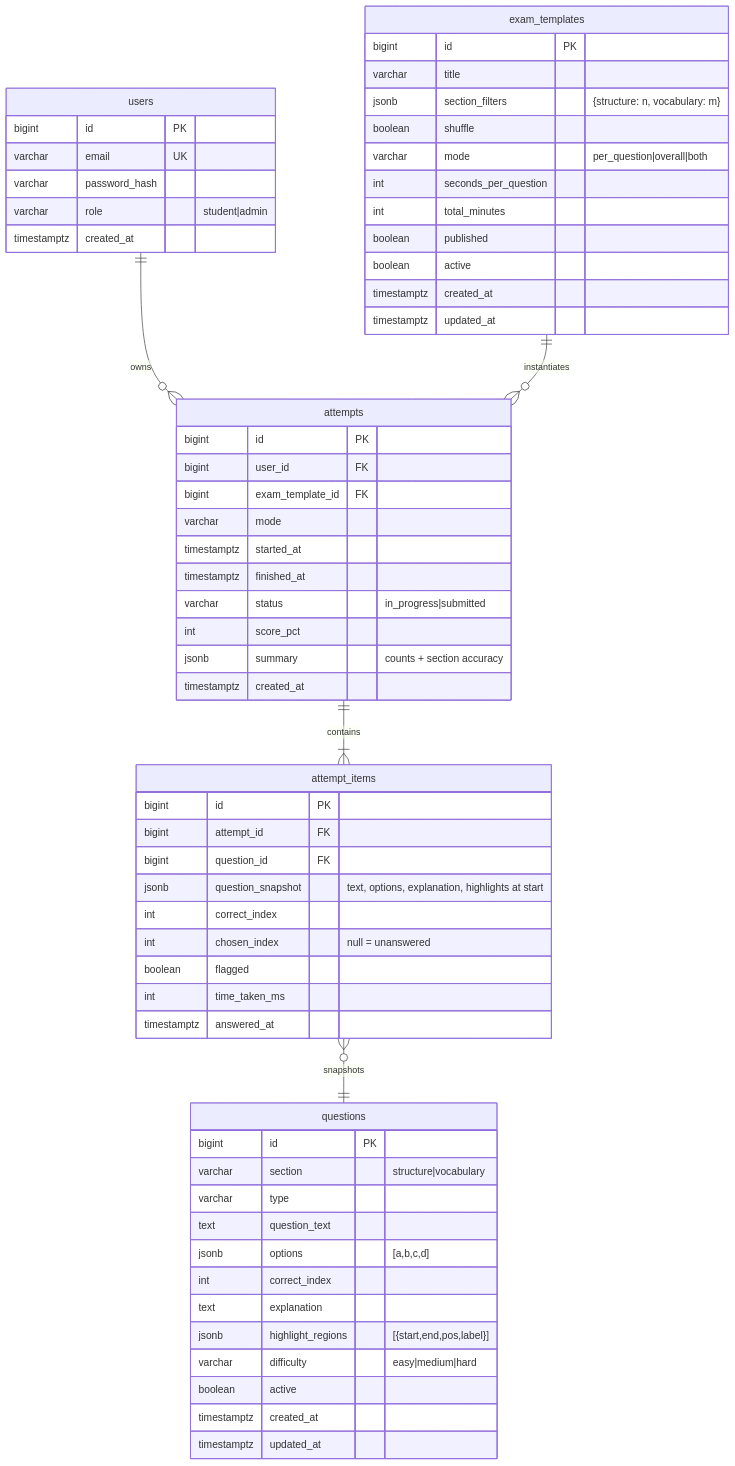
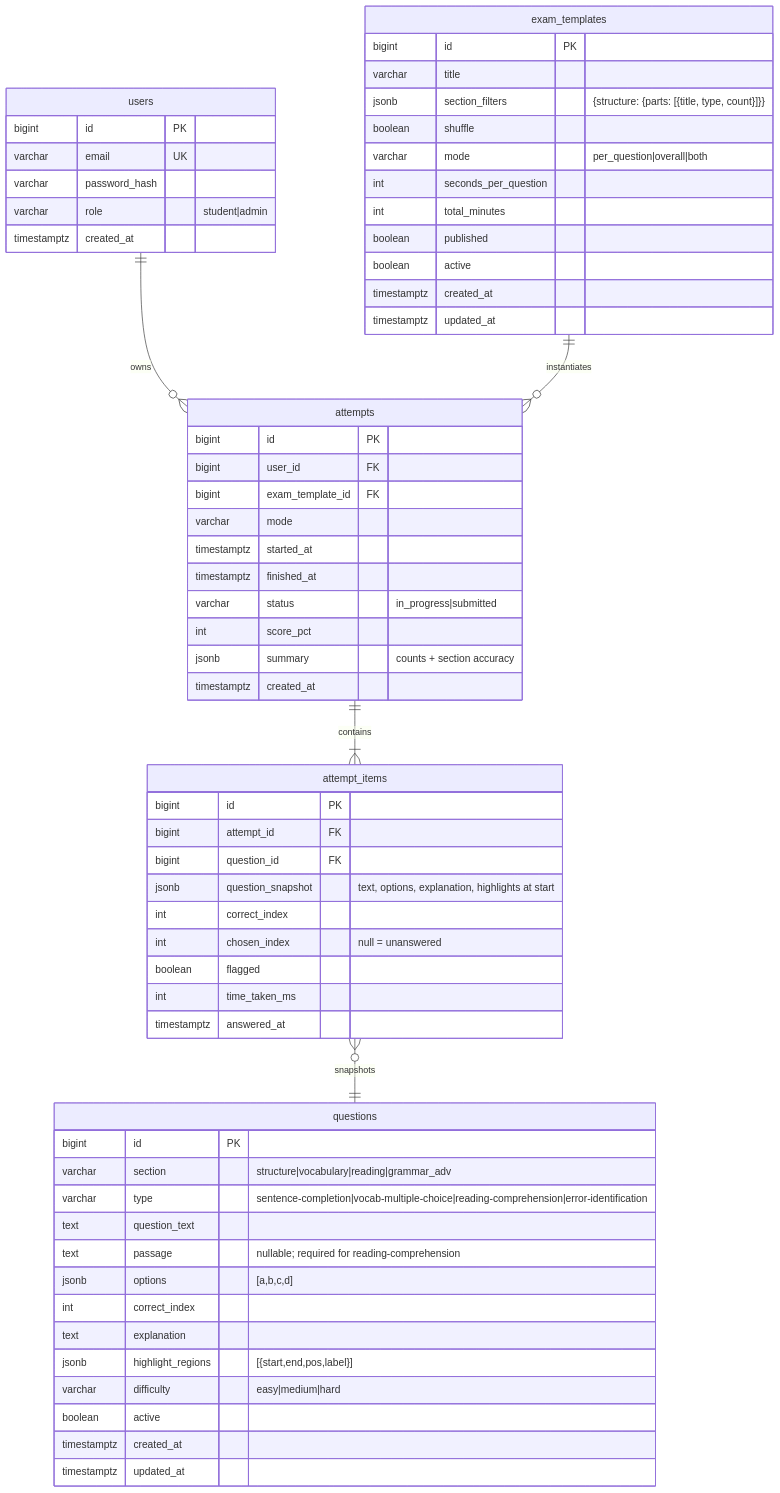
Before and after one commit to naufalrizq/toefl-prep: the second of 2 diagrams in SRS.md, drawn with Mermaid. The commit also changed other lines of this file and 2 other files, not shown here.

````diff
--- a/SRS.md
+++ b/SRS.md
@@ -140,65 +141,66 @@
 ```mermaid
 erDiagram
     users ||--o{ attempts : owns
     exam_templates ||--o{ attempts : instantiates
     attempts ||--|{ attempt_items : contains
     attempt_items }o--|| questions : snapshots
 
     users {
         bigint id PK
         varchar email UK
         varchar password_hash
         varchar role "student|admin"
         timestamptz created_at
     }
     exam_templates {
         bigint id PK
         varchar title
-        jsonb section_filters "{structure: n, vocabulary: m}"
+        jsonb section_filters "{structure: {parts: [{title, type, count}]}}"
         boolean shuffle
         varchar mode "per_question|overall|both"
         int seconds_per_question
         int total_minutes
         boolean published
         boolean active
         timestamptz created_at
         timestamptz updated_at
     }
     questions {
         bigint id PK
-        varchar section "structure|vocabulary"
-        varchar type
+        varchar section "structure|vocabulary|reading|grammar_adv"
+        varchar type "sentence-completion|vocab-multiple-choice|reading-comprehension|error-identification"
         text question_text
+        text passage "nullable; required for reading-comprehension"
         jsonb options "[a,b,c,d]"
         int correct_index
         text explanation
         jsonb highlight_regions "[{start,end,pos,label}]"
         varchar difficulty "easy|medium|hard"
         boolean active
         timestamptz created_at
         timestamptz updated_at
     }
     attempts {
         bigint id PK
         bigint user_id FK
         bigint exam_template_id FK
         varchar mode
         timestamptz started_at
         timestamptz finished_at
         varchar status "in_progress|submitted"
         int score_pct
         jsonb summary "counts + section accuracy"
         timestamptz created_at
     }
     attempt_items {
         bigint id PK
         bigint attempt_id FK
         bigint question_id FK
         jsonb question_snapshot "text, options, explanation, highlights at start"
         int correct_index
         int chosen_index "null = unanswered"
         boolean flagged
         int time_taken_ms
         timestamptz answered_at
     }
 ```
````
